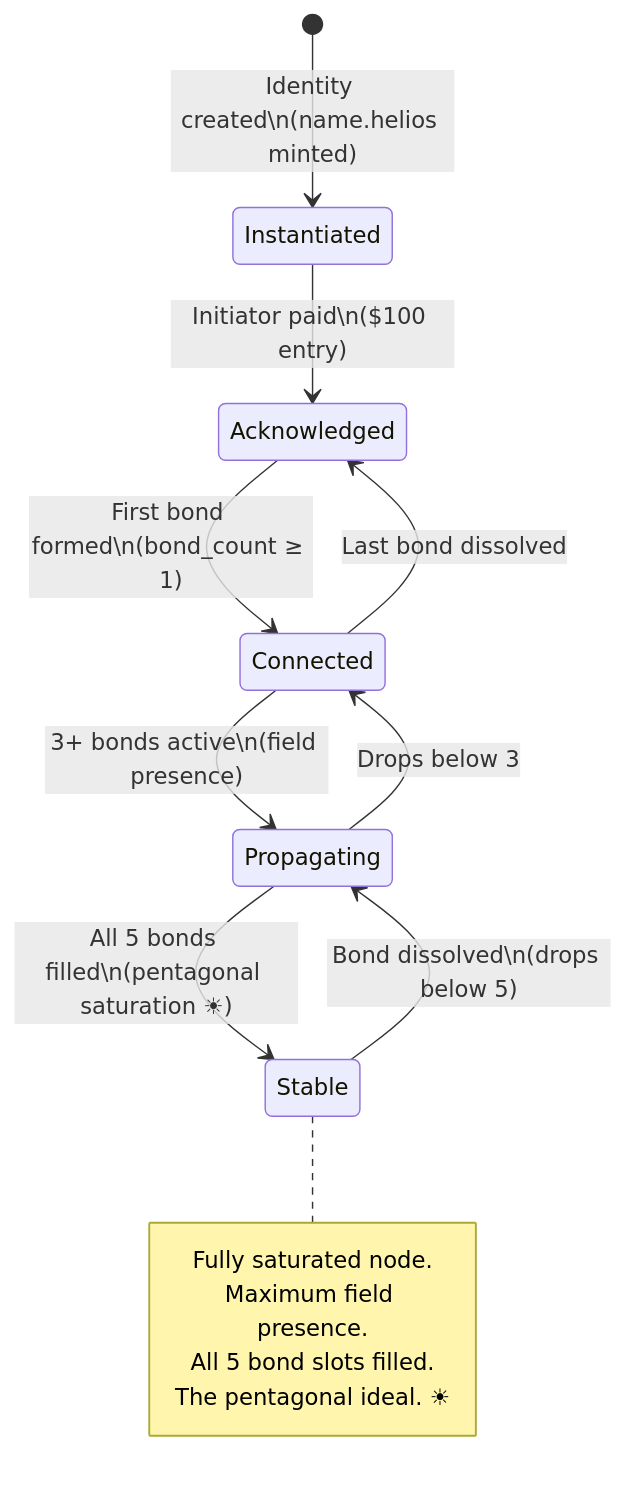
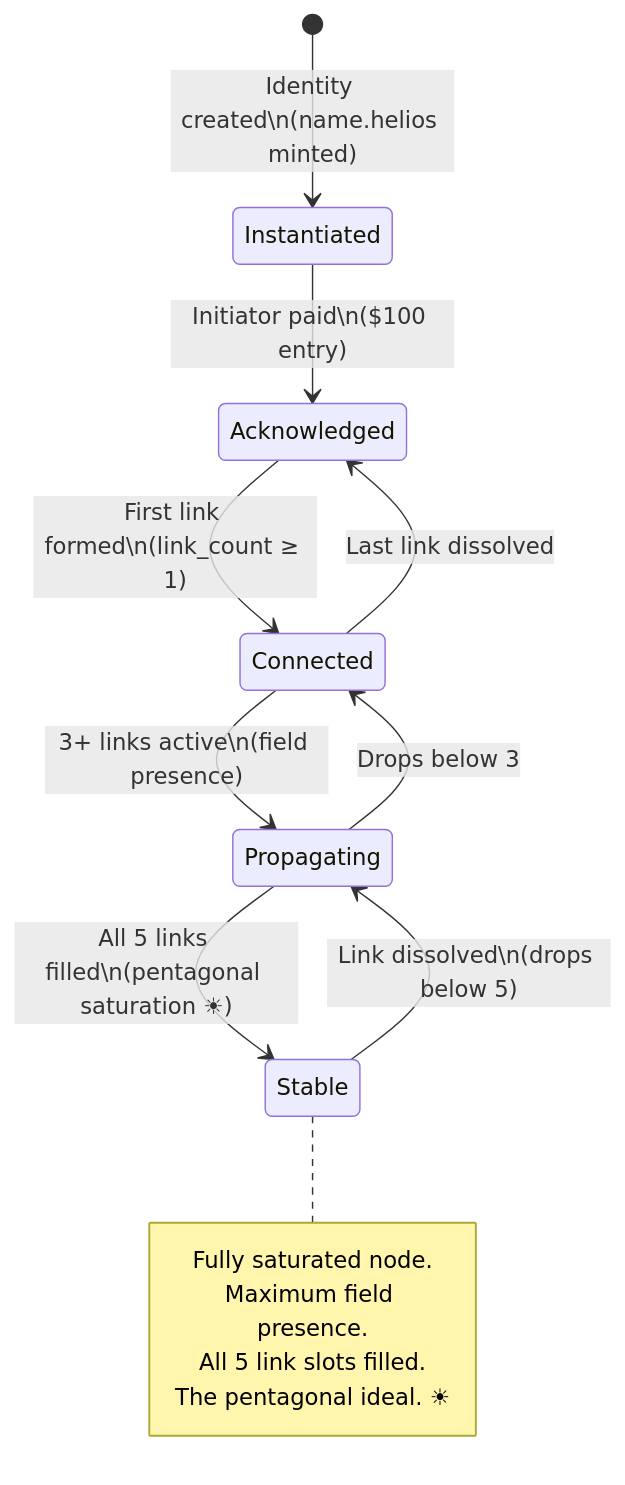
The fourth of 13 diagrams in README.md (FTHTrading/Helios), drawn with Mermaid before and after one commit. The commit also changed other lines of this file and 26 other files, not shown here.

````diff
--- a/README.md
+++ b/README.md
@@ -392,19 +392,19 @@
 ```mermaid
 stateDiagram-v2
     [*] --> Instantiated: Identity created\n(name.helios minted)
     Instantiated --> Acknowledged: Initiator paid\n($100 entry)
-    Acknowledged --> Connected: First bond formed\n(bond_count ≥ 1)
-    Connected --> Propagating: 3+ bonds active\n(field presence)
-    Propagating --> Stable: All 5 bonds filled\n(pentagonal saturation ☀)
+    Acknowledged --> Connected: First link formed\n(link_count ≥ 1)
+    Connected --> Propagating: 3+ links active\n(field presence)
+    Propagating --> Stable: All 5 links filled\n(pentagonal saturation ☀)
 
-    Stable --> Propagating: Bond dissolved\n(drops below 5)
+    Stable --> Propagating: Link dissolved\n(drops below 5)
     Propagating --> Connected: Drops below 3
-    Connected --> Acknowledged: Last bond dissolved
+    Connected --> Acknowledged: Last link dissolved
 
     note right of Stable
         Fully saturated node.
         Maximum field presence.
-        All 5 bond slots filled.
+        All 5 link slots filled.
         The pentagonal ideal. ☀
     end note
 ```
````
